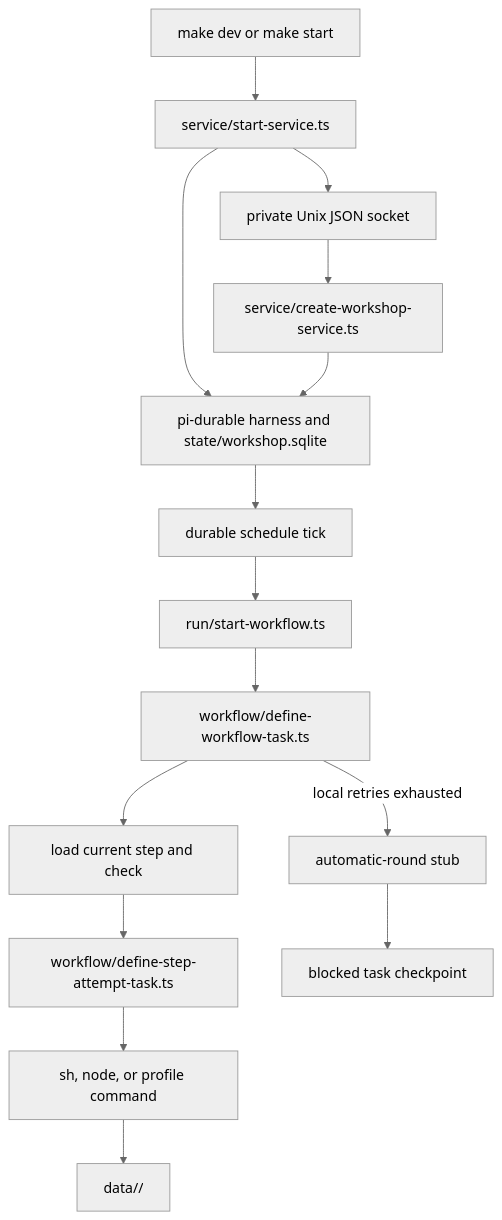
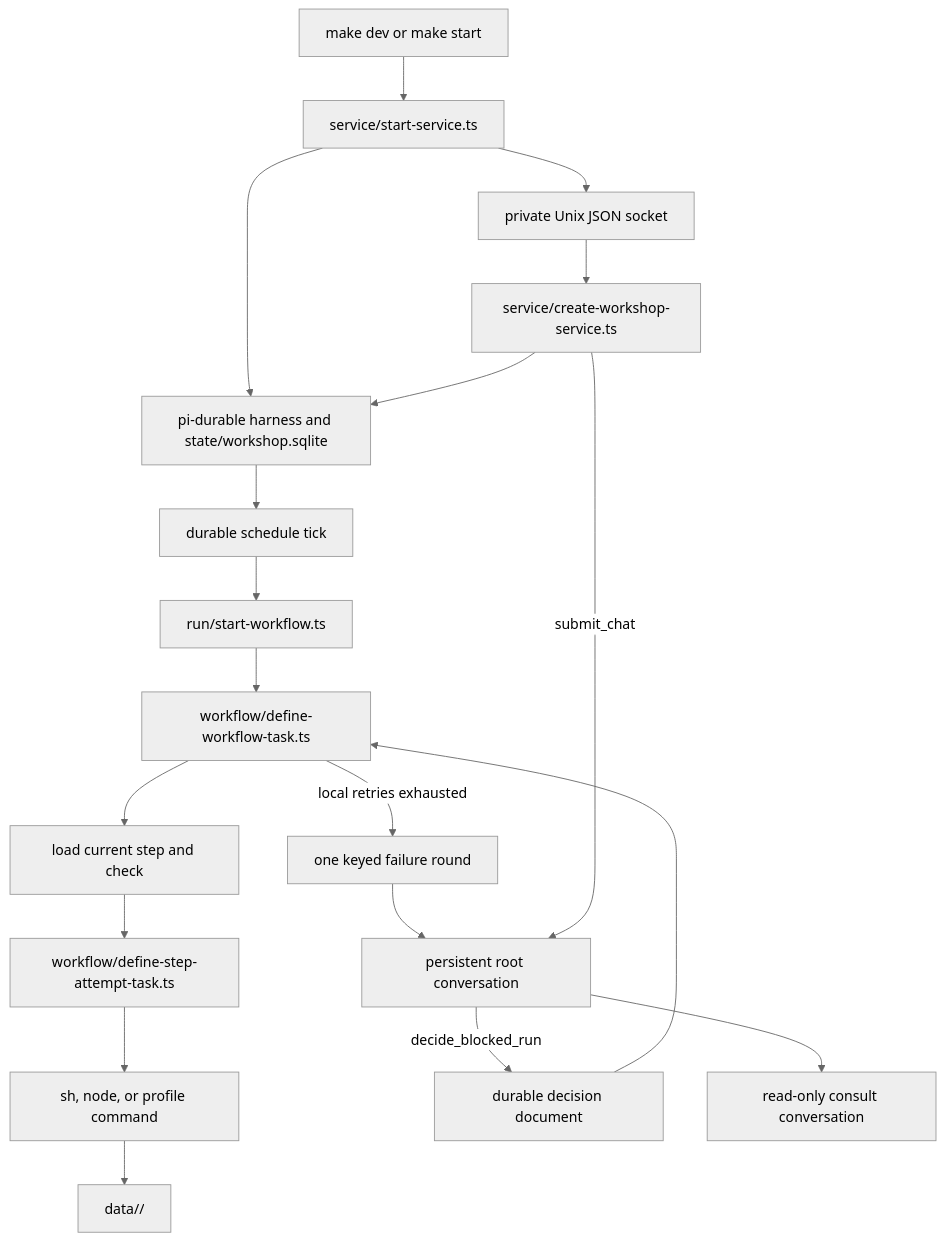
One commit to kaushikgopal/workshop changed the diagram in CONTRIBUTING.md. Above: the diagram before and after it, drawn with Mermaid (neutral theme). The commit also changed other lines of this file and 27 other files, not shown here.

````diff
--- a/CONTRIBUTING.md
+++ b/CONTRIBUTING.md
@@ -85,17 +85,21 @@
 ```mermaid
 flowchart TD
   MAKE[make dev or make start] --> SERVICE[service/start-service.ts]
   SERVICE --> SOCKET[private Unix JSON socket]
   SERVICE --> HARNESS[pi-durable harness and state/workshop.sqlite]
   HARNESS --> TICK[durable schedule tick]
   TICK --> START[run/start-workflow.ts]
   START --> TASK[workflow/define-workflow-task.ts]
   TASK --> LOAD[load current step and check]
   LOAD --> ATTEMPT[workflow/define-step-attempt-task.ts]
   ATTEMPT --> PROCESS[sh, node, or profile command]
   PROCESS --> DATA[data/<workflow>/]
-  TASK -->|local retries exhausted| STUB[automatic-round stub]
-  STUB --> BLOCKED[blocked task checkpoint]
+  TASK -->|local retries exhausted| ROUND[one keyed failure round]
+  ROUND --> ROOT[persistent root conversation]
+  ROOT -->|decide_blocked_run| DECISION[durable decision document]
+  DECISION --> TASK
+  ROOT --> CONSULT[read-only consult conversation]
   SOCKET --> API[service/create-workshop-service.ts]
   API --> HARNESS
+  API -->|submit_chat| ROOT
 ```
````
